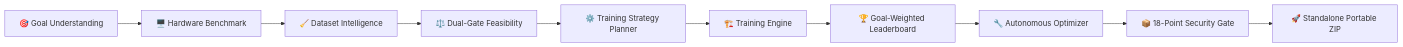
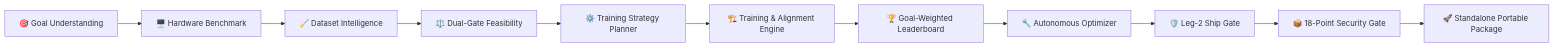
One commit to kiransai-62/myai-model-builder changed the diagram in README.md. Above: the diagram before and after it, drawn with Mermaid. The commit also changed other lines of this file and 52 other files, not shown here.

Commit message:
feat: implement comprehensive training/alignment engine, model registry expansion, and CLI tooling for deployment and export.

````diff
--- a/README.md
+++ b/README.md
@@ -51,12 +87,13 @@
 ```mermaid
 graph LR
     A[🎯 Goal Understanding] --> B[🖥️ Hardware Benchmark]
     B --> C[🧹 Dataset Intelligence]
     C --> D[⚖️ Dual-Gate Feasibility]
     D --> E[⚙️ Training Strategy Planner]
-    E --> F[🏗️ Training Engine]
+    E --> F[🏗️ Training & Alignment Engine]
     F --> G[🏆 Goal-Weighted Leaderboard]
     G --> H[🔧 Autonomous Optimizer]
-    H --> I[📦 18-Point Security Gate]
-    I --> J[🚀 Standalone Portable ZIP]
+    H --> I[🛡️ Leg-2 Ship Gate]
+    I --> J[📦 18-Point Security Gate]
+    J --> K[🚀 Standalone Portable Package]
 ```
````
